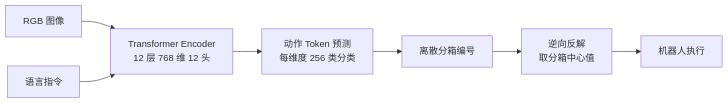
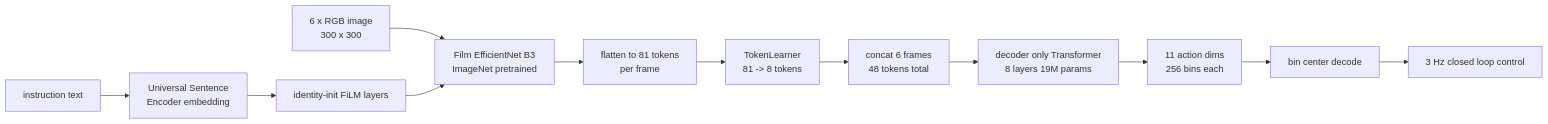
Before and after one commit to luohu-arch/physical_intelligence_study: the diagram in notes/architecture/rt-1.md, drawn with Mermaid. The commit also changed other lines of this file and 35 other files, not shown here.

````diff
--- a/notes/architecture/rt-1.md
+++ b/notes/architecture/rt-1.md
@@ -38,9 +50,14 @@
 ```mermaid
 graph LR
-    IMG[RGB 图像] --> ENC[Transformer Encoder<br/>12 层 768 维 12 头]
-    LANG[语言指令] --> ENC
-    ENC --> TOKEN[动作 Token 预测<br/>每维度 256 类分类]
-    TOKEN --> BIN[离散分箱编号]
-    BIN --> DECODE[逆向反解<br/>取分箱中心值]
-    DECODE --> ROBOT[机器人执行]
+    IMG[6 x RGB image<br/>300 x 300] --> ENC[Film EfficientNet B3<br/>ImageNet pretrained]
+    TXT[instruction text] --> USE[Universal Sentence<br/>Encoder embedding]
+    USE --> FILM[identity-init FiLM layers]
+    FILM --> ENC
+    ENC --> FLAT[flatten to 81 tokens<br/>per frame]
+    FLAT --> TL[TokenLearner<br/>81 -> 8 tokens]
+    TL --> CAT[concat 6 frames<br/>48 tokens total]
+    CAT --> TR[decoder only Transformer<br/>8 layers 19M params]
+    TR --> ACT[11 action dims<br/>256 bins each]
+    ACT --> DEC[bin center decode]
+    DEC --> ROBOT[3 Hz closed loop control]
 ```
````
